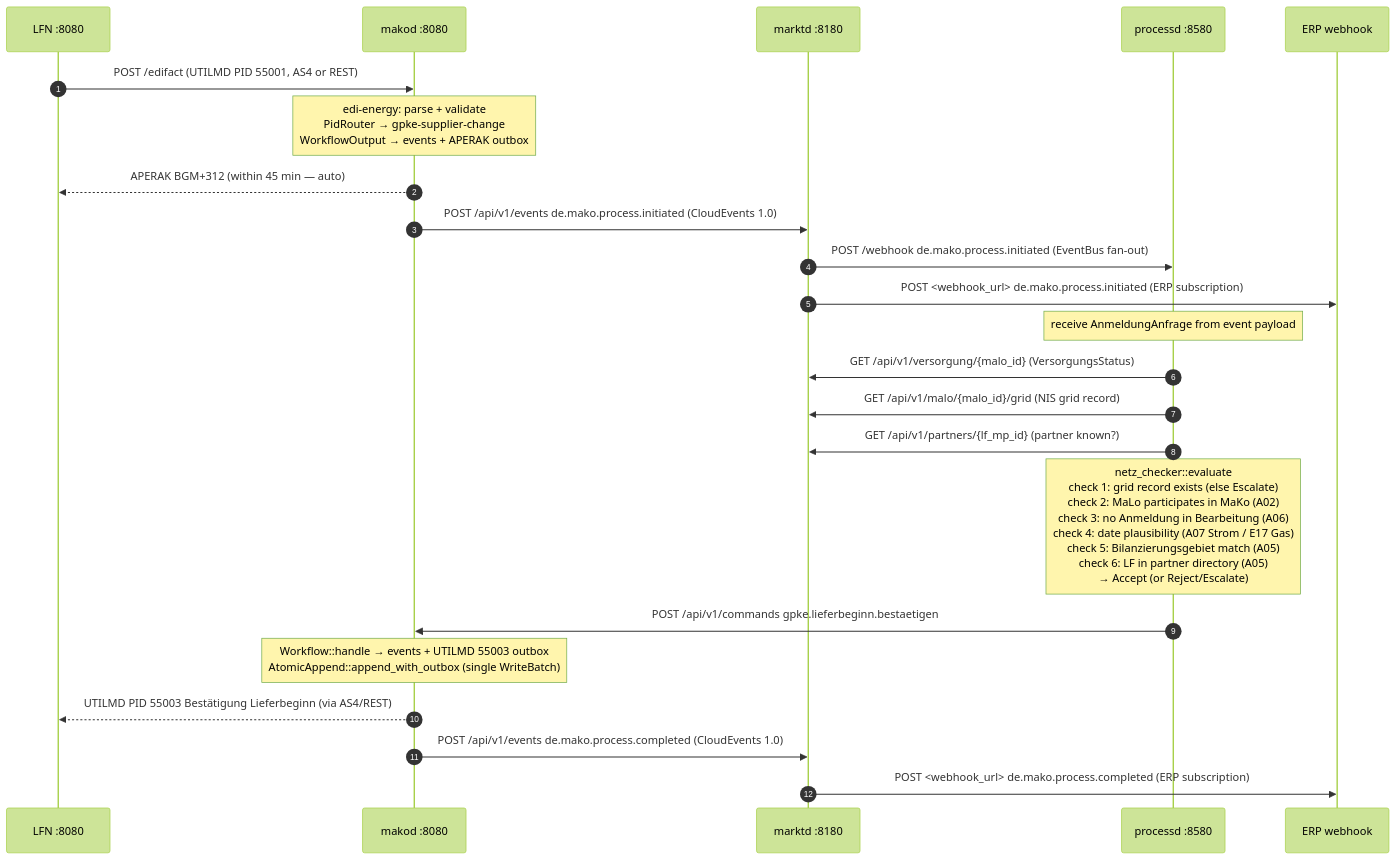
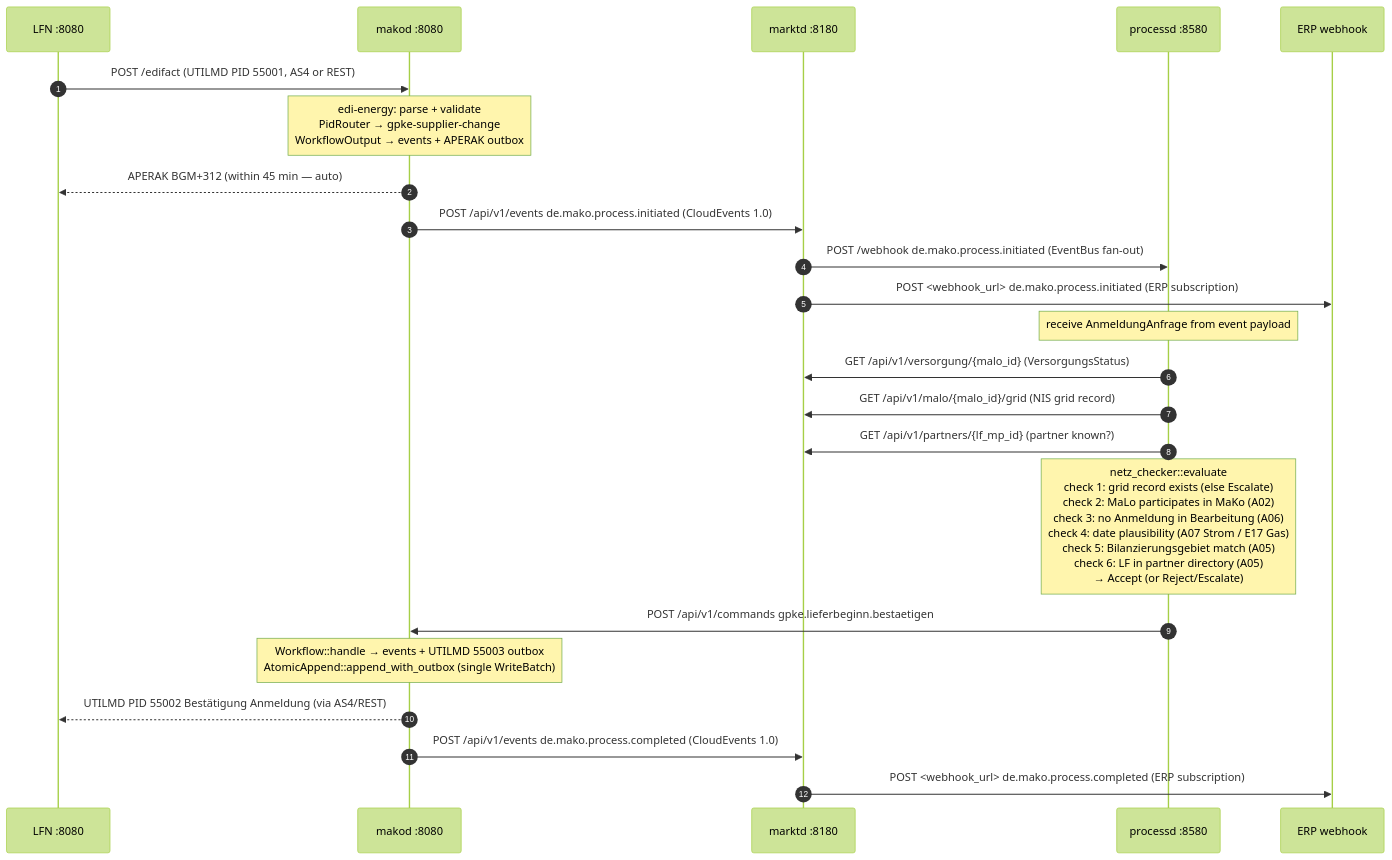
The fifth of 5 diagrams in site/content/docs/architecture/_index.md (hupe1980/mako), drawn with Mermaid (forest theme) before and after one commit. The commit also changed other lines of this file and 276 other files, not shown here.

````diff
--- a/site/content/docs/architecture/_index.md
+++ b/site/content/docs/architecture/_index.md
@@ -504,27 +504,27 @@
 ```mermaid
 sequenceDiagram
     autonumber
     participant LF as LFN :8080
     participant makod as makod :8080
     participant marktd as marktd :8180
     participant processd as processd :8580
     participant erp as ERP webhook
 
     LF->>makod: POST /edifact  (UTILMD PID 55001, AS4 or REST)
     Note over makod: edi-energy: parse + validate<br/>PidRouter → gpke-supplier-change<br/>WorkflowOutput → events + APERAK outbox
     makod-->>LF: APERAK BGM+312 (within 45 min — auto)
     makod->>marktd: POST /api/v1/events  de.mako.process.initiated  (CloudEvents 1.0)
     marktd->>processd: POST /webhook  de.mako.process.initiated  (EventBus fan-out)
     marktd->>erp: POST <webhook_url>  de.mako.process.initiated  (ERP subscription)
 
     Note over processd: receive AnmeldungAnfrage from event payload
     processd->>marktd: GET /api/v1/versorgung/{malo_id}  (VersorgungsStatus)
     processd->>marktd: GET /api/v1/malo/{malo_id}/grid  (NIS grid record)
     processd->>marktd: GET /api/v1/partners/{lf_mp_id}  (partner known?)
     Note over processd: netz_checker::evaluate<br/>check 1: grid record exists (else Escalate)<br/>check 2: MaLo participates in MaKo (A02)<br/>check 3: no Anmeldung in Bearbeitung (A06)<br/>check 4: date plausibility (A07 Strom / E17 Gas)<br/>check 5: Bilanzierungsgebiet match (A05)<br/>check 6: LF in partner directory (A05)<br/>→ Accept (or Reject/Escalate)
     processd->>makod: POST /api/v1/commands  gpke.lieferbeginn.bestaetigen
     Note over makod: Workflow::handle → events + UTILMD 55003 outbox<br/>AtomicAppend::append_with_outbox (single WriteBatch)
-    makod-->>LF: UTILMD PID 55003 Bestätigung Lieferbeginn (via AS4/REST)
+    makod-->>LF: UTILMD PID 55002 Bestätigung Anmeldung (via AS4/REST)
     makod->>marktd: POST /api/v1/events  de.mako.process.completed  (CloudEvents 1.0)
     marktd->>erp: POST <webhook_url>  de.mako.process.completed  (ERP subscription)
 ```
````
